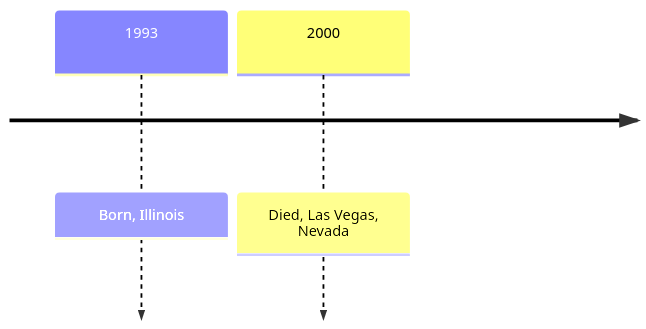
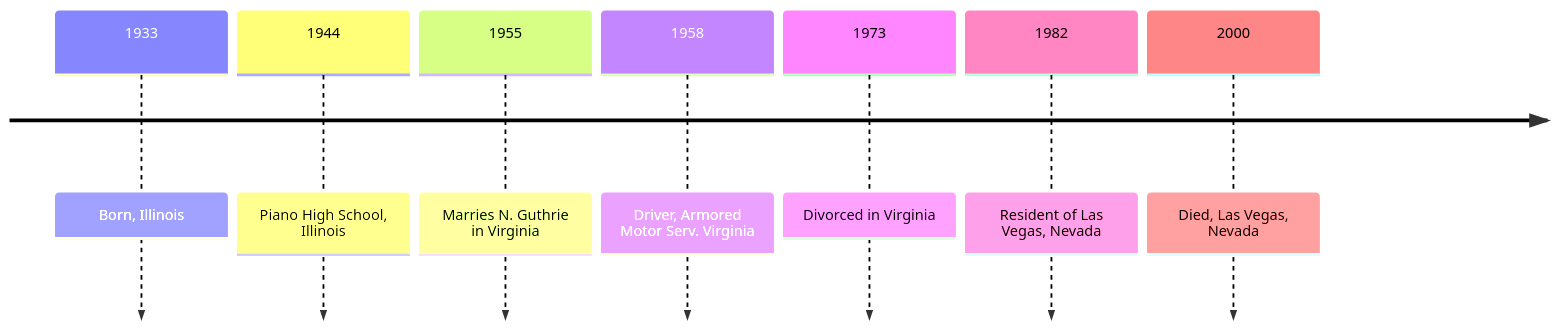
The first of 2 diagrams in docs/people/burisch_harry.md (Black-Star-Institute/blackstar.github.io), drawn with Mermaid before and after one commit. The commit also changed other lines of this file and 6 other files, not shown here.

````diff
--- a/docs/people/burisch_harry.md
+++ b/docs/people/burisch_harry.md
@@ -11,5 +11,10 @@
 ```mermaid
 timeline
-  1993 : Born, Illinois
+  1933 : Born, Illinois
+  1944 : Piano High School, Illinois
+  1955 : Marries N. Guthrie in Virginia
+  1958 : Driver, Armored Motor Serv. Virginia
+  1973 : Divorced in Virginia
+  1982 : Resident of Las Vegas, Nevada
   2000 : Died, Las Vegas, Nevada
 ```
````
